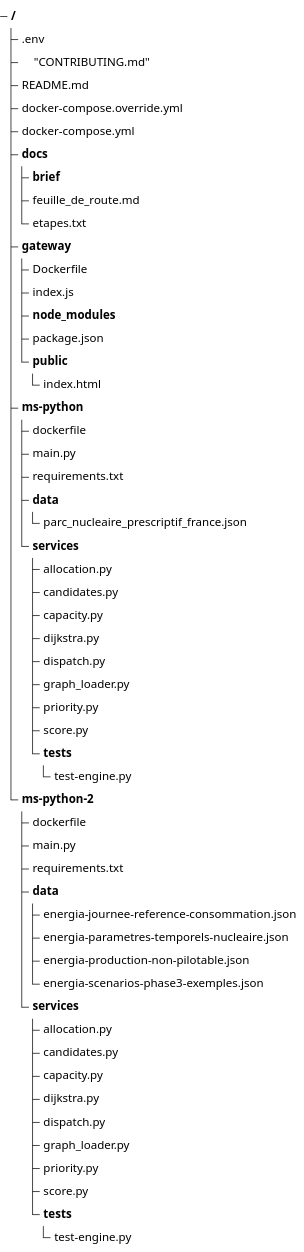
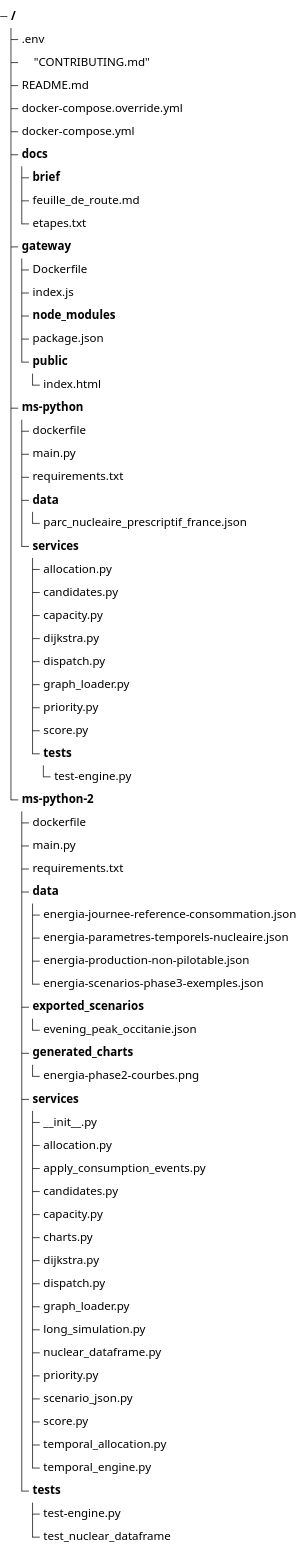
Before and after one commit to tomtoomuch/energIA-prescription-nationale: the third of 3 diagrams in README.md, drawn with Mermaid (forest theme). The commit also changed other lines of this file and 1 other file, not shown here.

Commit message:
<doc>Documentation Phase 1 Phase 2 terminées

````diff
--- a/README.md
+++ b/README.md
@@ -86,61 +86,74 @@
 ```mermaid
 ---
 config:
   layout: tree
 title: Arborescence Prototyppe Moteur Prescriptif ENERGIA
 ---
 treeView-beta
 ".env"
     "CONTRIBUTING.md"
 "README.md"
 "docker-compose.override.yml"
 "docker-compose.yml"
 "docs/"
     "brief/"
     "feuille_de_route.md"
     "etapes.txt"
 "gateway/"
     "Dockerfile"
     "index.js"
     "node_modules/"
     "package.json"
     "public/"
         "index.html"
 "ms-python/"
     "dockerfile"
     "main.py"
     "requirements.txt"
     "data/"
         "parc_nucleaire_prescriptif_france.json"
     "services/"
         "allocation.py"
         "candidates.py"
         "capacity.py"
         "dijkstra.py"
         "dispatch.py"
         "graph_loader.py"
         "priority.py"
         "score.py"
         "tests/"
             "test-engine.py"
 "ms-python-2/"
     "dockerfile"
     "main.py"
     "requirements.txt"
     "data/"
         "energia-journee-reference-consommation.json"
         "energia-parametres-temporels-nucleaire.json"
         "energia-production-non-pilotable.json"
         "energia-scenarios-phase3-exemples.json"
+    "exported_scenarios/"
+        "evening_peak_occitanie.json"
+    "generated_charts/"
+        "energia-phase2-courbes.png"
     "services/"
+        "__init__.py"
         "allocation.py"
+        "apply_consumption_events.py"
         "candidates.py"
         "capacity.py"
+        "charts.py"
         "dijkstra.py"
         "dispatch.py"
         "graph_loader.py"
+        "long_simulation.py"
+        "nuclear_dataframe.py"
         "priority.py"
+        "scenario_json.py"
         "score.py"
-        "tests/"
-            "test-engine.py"
+        "temporal_allocation.py"
+        "temporal_engine.py"
+    "tests/"
+        "test-engine.py"
+        "test_nuclear_dataframe"
 ```
````
